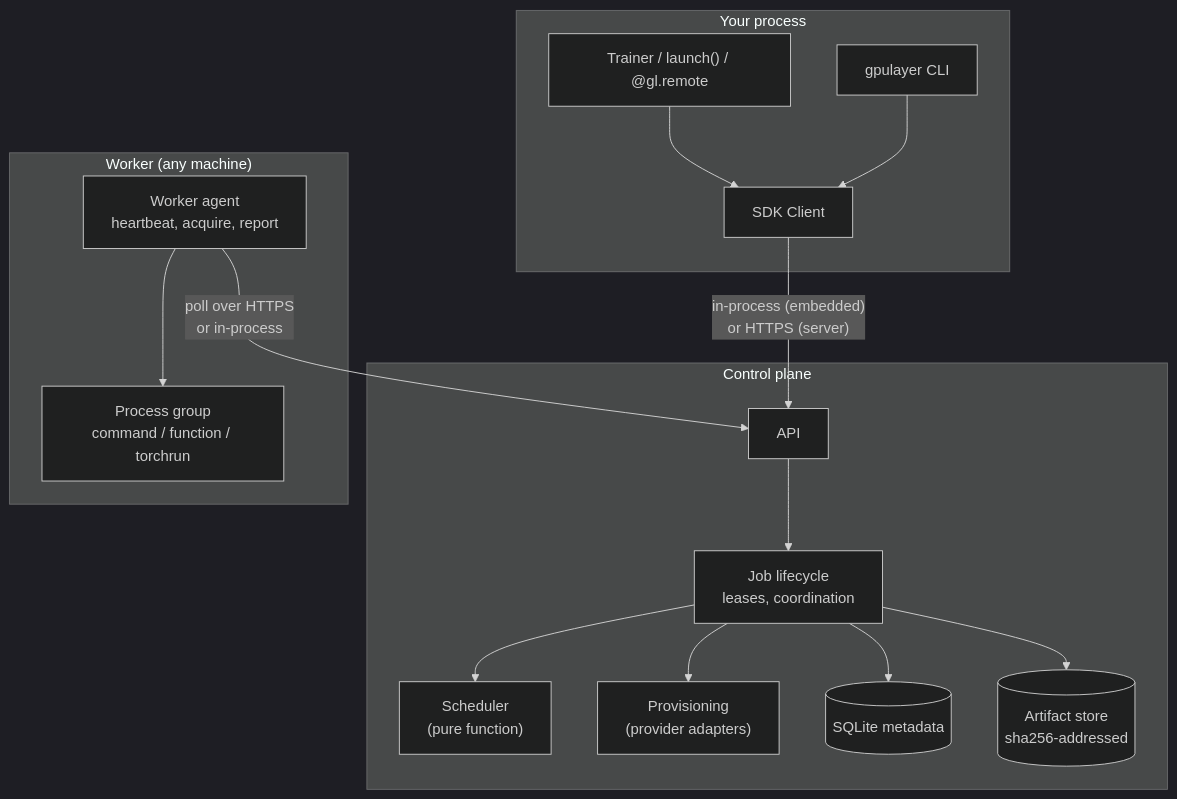
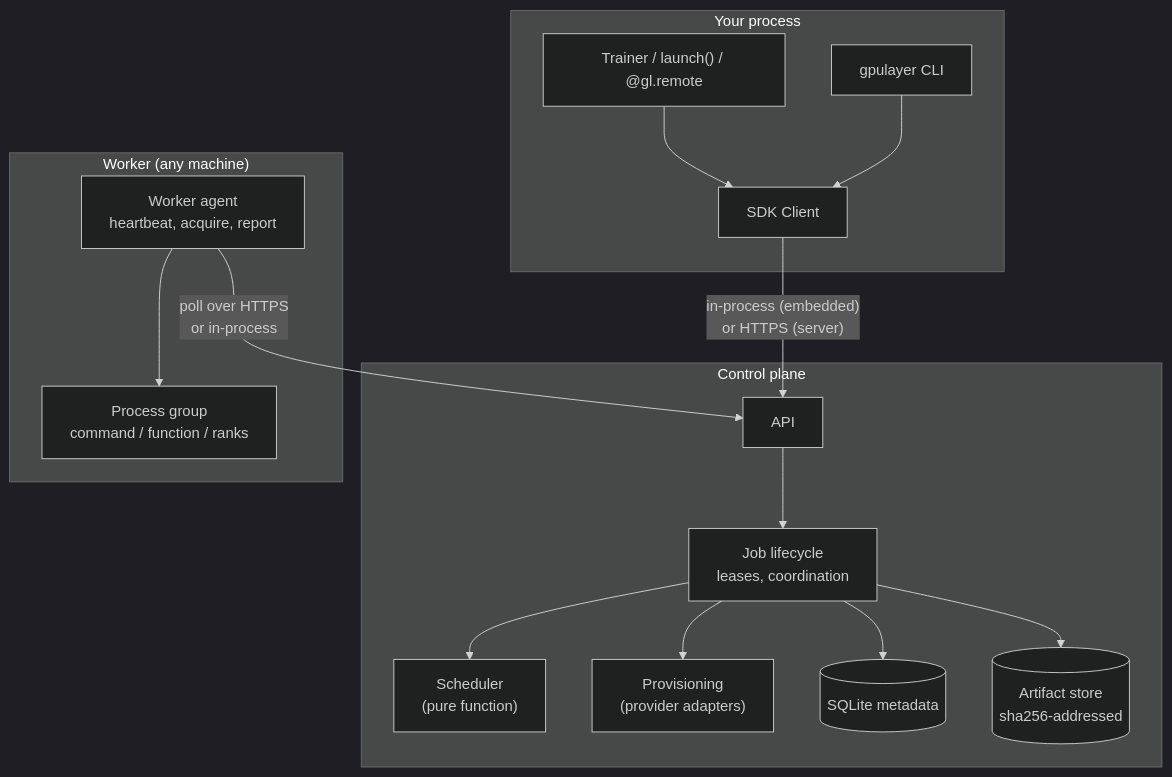
Before and after one commit to antonellof/gpulayer: the diagram in docs/architecture/overview.md, drawn with Mermaid (dark theme). The commit also changed other lines of this file and 35 other files, not shown here.

First line of the commit message:
Start distributed ranks directly instead of through torchrun

````diff
--- a/docs/architecture/overview.md
+++ b/docs/architecture/overview.md
@@ -33,19 +33,19 @@
 ```mermaid
 flowchart TB
     subgraph Client["Your process"]
         T["Trainer / launch() / @gl.remote"] --> SDK["SDK Client"]
         CLI["gpulayer CLI"] --> SDK
     end
     SDK -- "in-process (embedded)<br/>or HTTPS (server)" --> API
     subgraph CP["Control plane"]
         API["API"] --> SVC["Job lifecycle<br/>leases, coordination"]
         SVC --> SCH["Scheduler<br/>(pure function)"]
         SVC --> PROV["Provisioning<br/>(provider adapters)"]
         SVC --> DB[("SQLite metadata")]
         SVC --> ART[("Artifact store<br/>sha256-addressed")]
     end
     subgraph W["Worker (any machine)"]
-        AG["Worker agent<br/>heartbeat, acquire, report"] --> RUN["Process group<br/>command / function / torchrun"]
+        AG["Worker agent<br/>heartbeat, acquire, report"] --> RUN["Process group<br/>command / function / ranks"]
     end
     AG -- "poll over HTTPS<br/>or in-process" --> API
 ```
````
